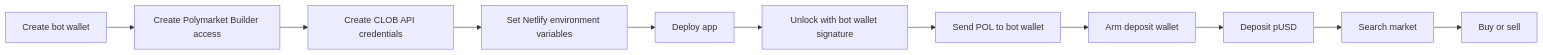
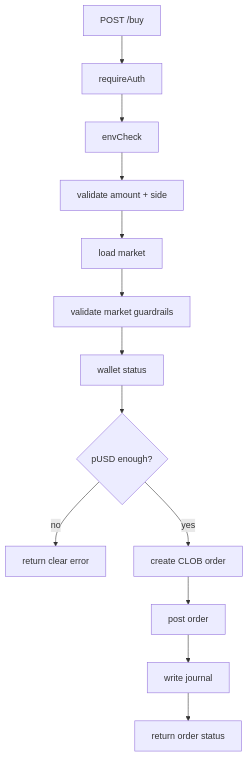
One commit to alphastack1/POLYMARKET-WIZARD changed the ninth of 10 diagrams in docs/polymarket-wizard-guide.md. Above: the diagram before and after it, drawn with Mermaid. The commit also changed other lines of this file, not shown here.

Commit message:
Rewrite Wizard guide with diagrams

````diff
--- a/docs/polymarket-wizard-guide.md
+++ b/docs/polymarket-wizard-guide.md
@@ -29,13 +609,15 @@
 ```mermaid
-flowchart LR
-  A["Create bot wallet"] --> B["Create Polymarket Builder access"]
-  B --> C["Create CLOB API credentials"]
-  C --> D["Set Netlify environment variables"]
-  D --> E["Deploy app"]
-  E --> F["Unlock with bot wallet signature"]
-  F --> G["Send POL to bot wallet"]
-  G --> H["Arm deposit wallet"]
-  H --> I["Deposit pUSD"]
-  I --> J["Search market"]
-  J --> K["Buy or sell"]
+flowchart TB
+  A["POST /buy"] --> B["requireAuth"]
+  B --> C["envCheck"]
+  C --> D["validate amount + side"]
+  D --> E["load market"]
+  E --> F["validate market guardrails"]
+  F --> G["wallet status"]
+  G --> H{"pUSD enough?"}
+  H -- no --> I["return clear error"]
+  H -- yes --> J["create CLOB order"]
+  J --> K["post order"]
+  K --> L["write journal"]
+  L --> M["return order status"]
 ```
````
